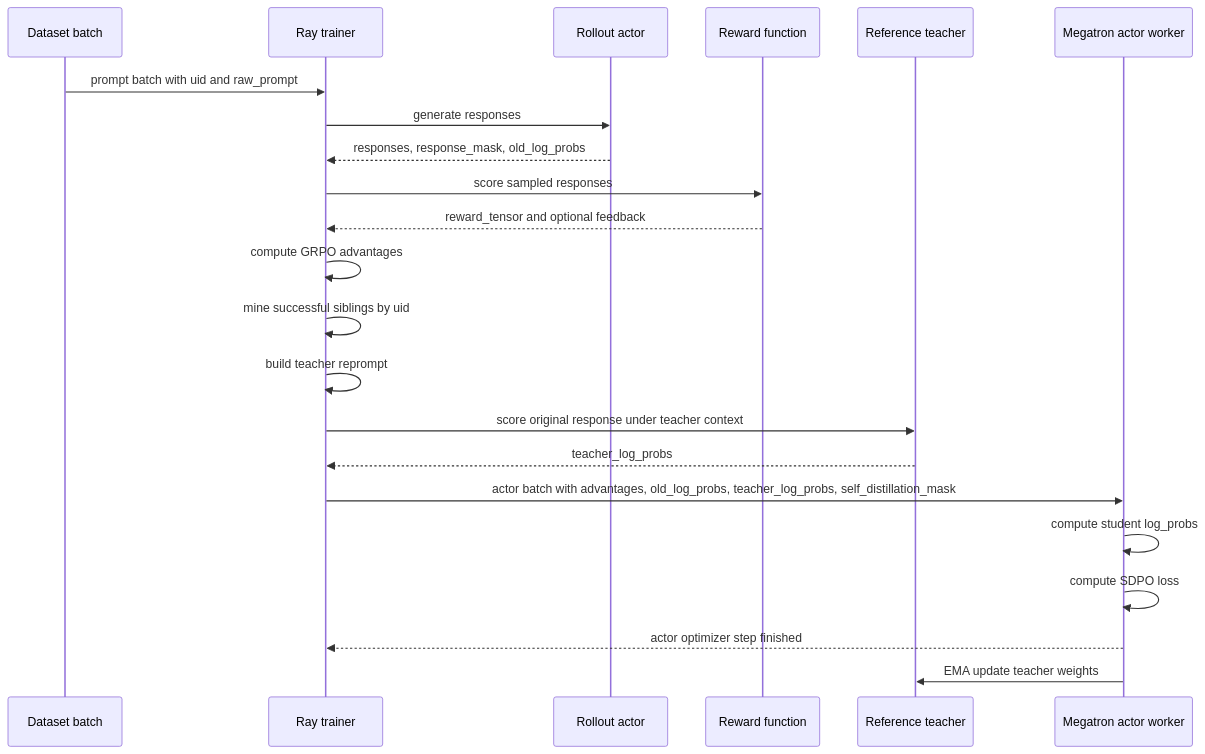
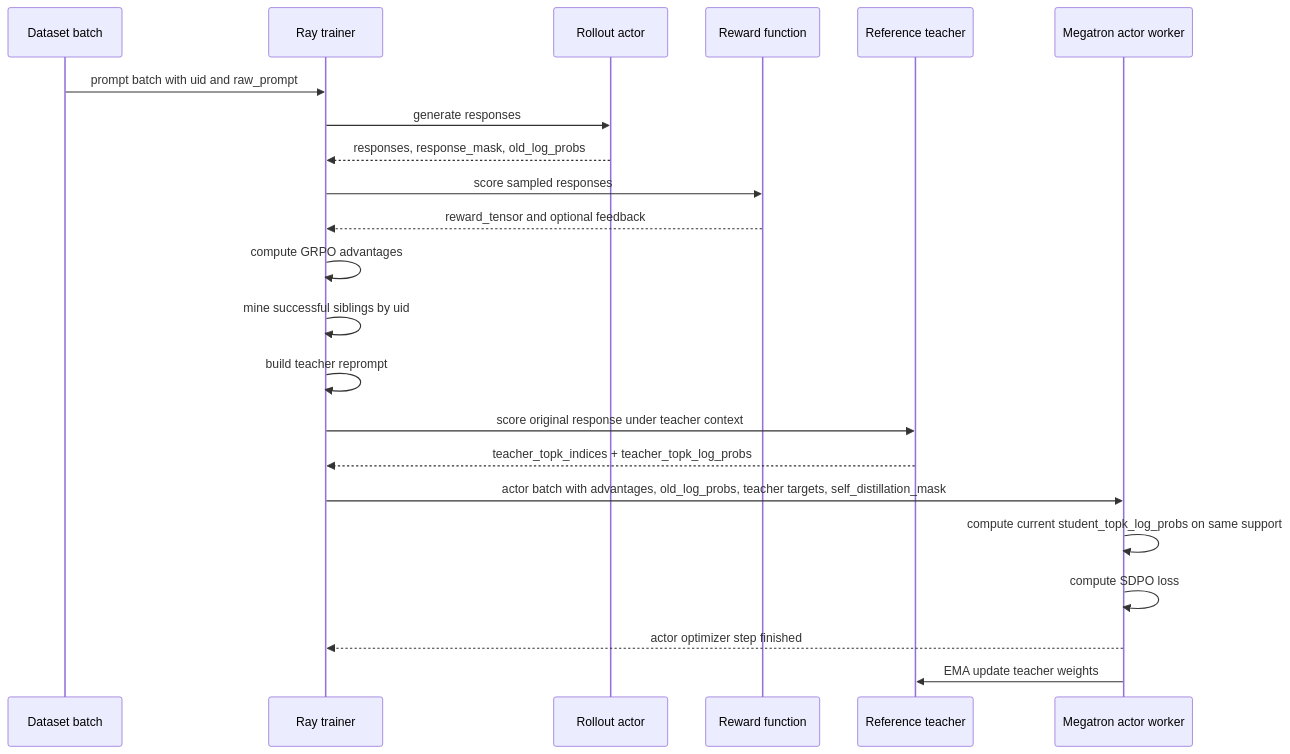
The sixth of 6 diagrams in sdpo-megatron/IMPLEMENTATION_DESIGN.md (zhoutong-hai/verl), drawn with Mermaid before and after one commit. The commit also changed other lines of this file, not shown here.

````diff
--- a/sdpo-megatron/IMPLEMENTATION_DESIGN.md
+++ b/sdpo-megatron/IMPLEMENTATION_DESIGN.md
@@ -823,25 +864,25 @@
 ```mermaid
 sequenceDiagram
     participant D as Dataset batch
     participant T as Ray trainer
     participant R as Rollout actor
     participant W as Reward function
     participant Ref as Reference teacher
     participant A as Megatron actor worker
 
     D->>T: prompt batch with uid and raw_prompt
     T->>R: generate responses
     R-->>T: responses, response_mask, old_log_probs
     T->>W: score sampled responses
     W-->>T: reward_tensor and optional feedback
     T->>T: compute GRPO advantages
     T->>T: mine successful siblings by uid
     T->>T: build teacher reprompt
     T->>Ref: score original response under teacher context
-    Ref-->>T: teacher_log_probs
-    T->>A: actor batch with advantages, old_log_probs, teacher_log_probs, self_distillation_mask
-    A->>A: compute student log_probs
+    Ref-->>T: teacher_topk_indices + teacher_topk_log_probs
+    T->>A: actor batch with advantages, old_log_probs, teacher targets, self_distillation_mask
+    A->>A: compute current student_topk_log_probs on same support
     A->>A: compute SDPO loss
     A-->>T: actor optimizer step finished
     A->>Ref: EMA update teacher weights
 ```
````
